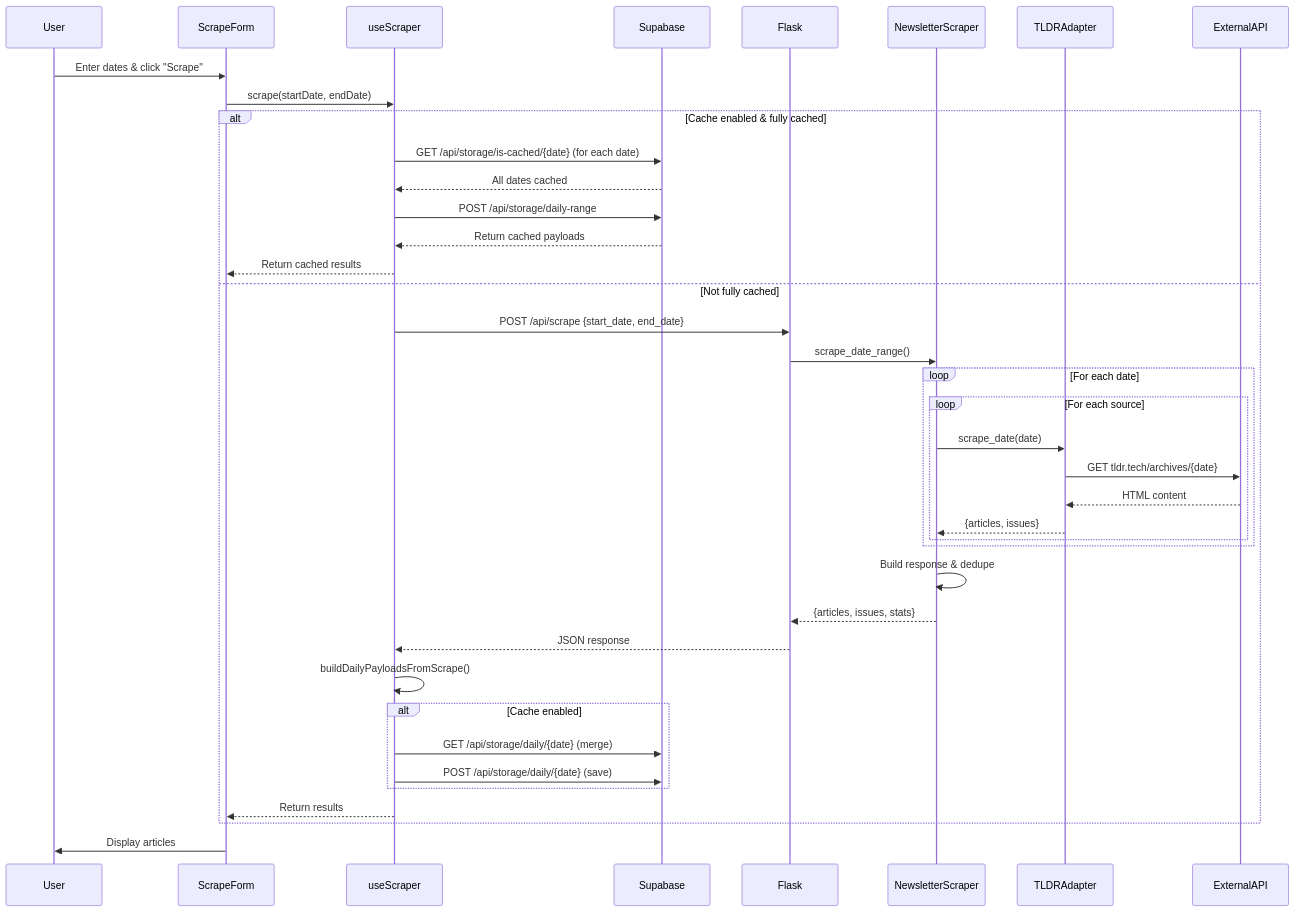
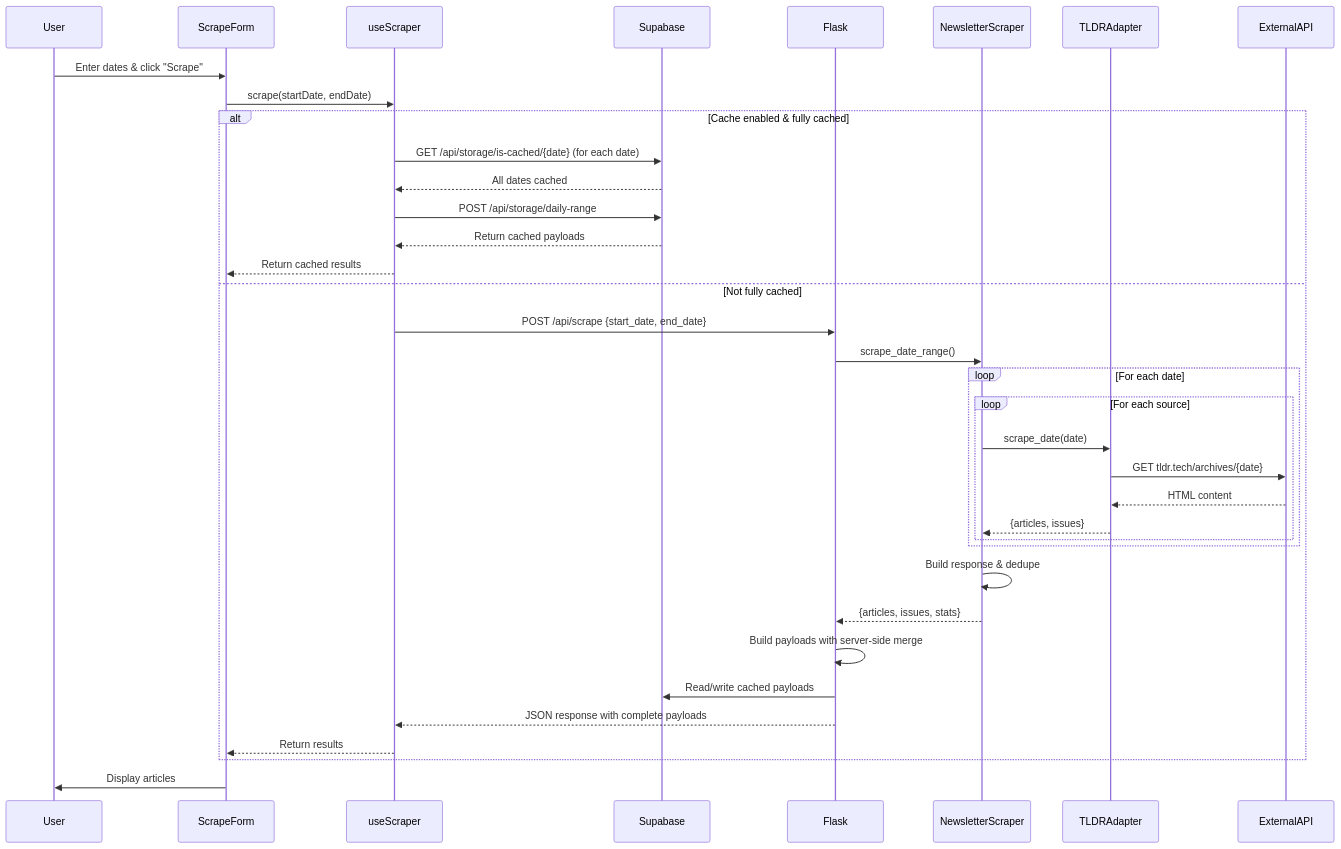
One commit to giladbarnea/TLDRScraper changed the diagram in ARCHITECTURE.md. Above: the diagram before and after it, drawn with Mermaid. The commit also changed other lines of this file, not shown here.

First line of the commit message:
Fix hard errors in ARCHITECTURE.md

````diff
--- a/ARCHITECTURE.md
+++ b/ARCHITECTURE.md
@@ -830,49 +784,45 @@
 ```mermaid
 sequenceDiagram
     participant User
     participant ScrapeForm
     participant useScraper
     participant Supabase
     participant Flask
     participant NewsletterScraper
     participant TLDRAdapter
     participant ExternalAPI
 
     User->>ScrapeForm: Enter dates & click "Scrape"
     ScrapeForm->>useScraper: scrape(startDate, endDate)
 
     alt Cache enabled & fully cached
         useScraper->>Supabase: GET /api/storage/is-cached/{date} (for each date)
         Supabase-->>useScraper: All dates cached
         useScraper->>Supabase: POST /api/storage/daily-range
         Supabase-->>useScraper: Return cached payloads
         useScraper-->>ScrapeForm: Return cached results
     else Not fully cached
         useScraper->>Flask: POST /api/scrape {start_date, end_date}
         Flask->>NewsletterScraper: scrape_date_range()
 
         loop For each date
             loop For each source
                 NewsletterScraper->>TLDRAdapter: scrape_date(date)
                 TLDRAdapter->>ExternalAPI: GET tldr.tech/archives/{date}
                 ExternalAPI-->>TLDRAdapter: HTML content
                 TLDRAdapter-->>NewsletterScraper: {articles, issues}
             end
         end
 
         NewsletterScraper->>NewsletterScraper: Build response & dedupe
         NewsletterScraper-->>Flask: {articles, issues, stats}
-        Flask-->>useScraper: JSON response
 
-        useScraper->>useScraper: buildDailyPayloadsFromScrape()
-
-        alt Cache enabled
-            useScraper->>Supabase: GET /api/storage/daily/{date} (merge)
-            useScraper->>Supabase: POST /api/storage/daily/{date} (save)
-        end
+        Flask->>Flask: Build payloads with server-side merge
+        Flask->>Supabase: Read/write cached payloads
+        Flask-->>useScraper: JSON response with complete payloads
 
         useScraper-->>ScrapeForm: Return results
     end
 
     ScrapeForm->>User: Display articles
 ```
````
